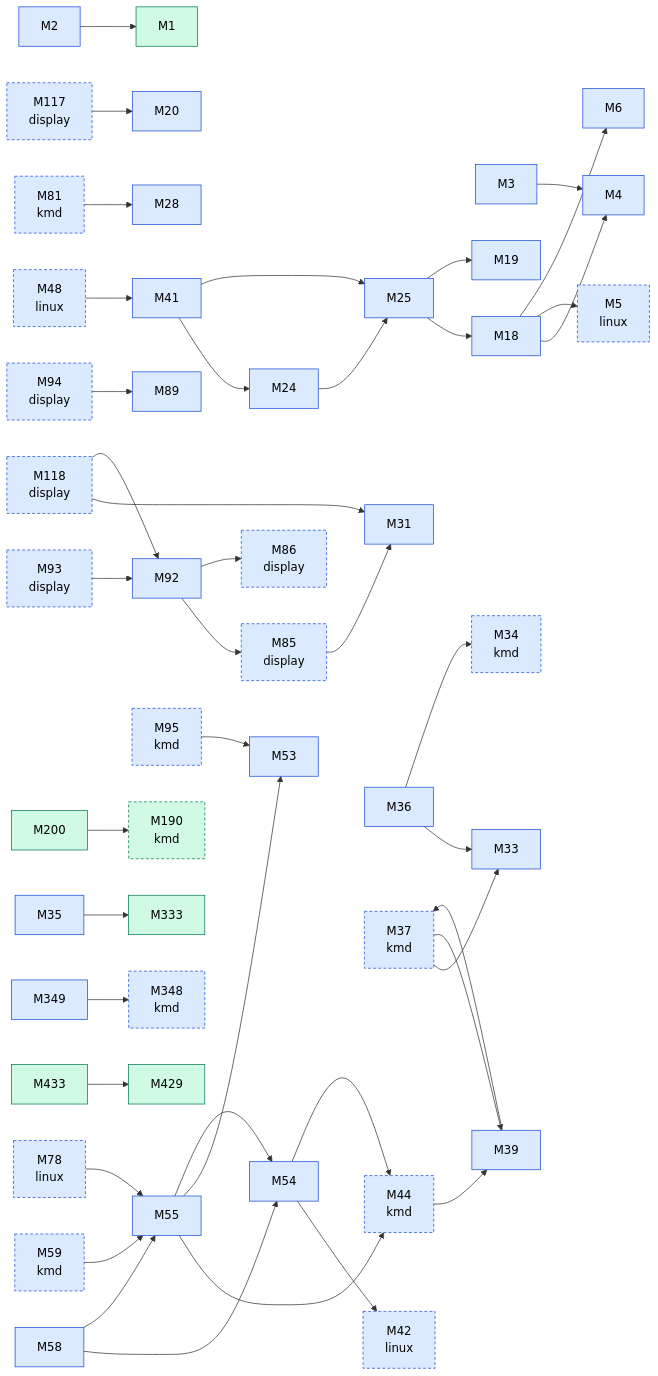
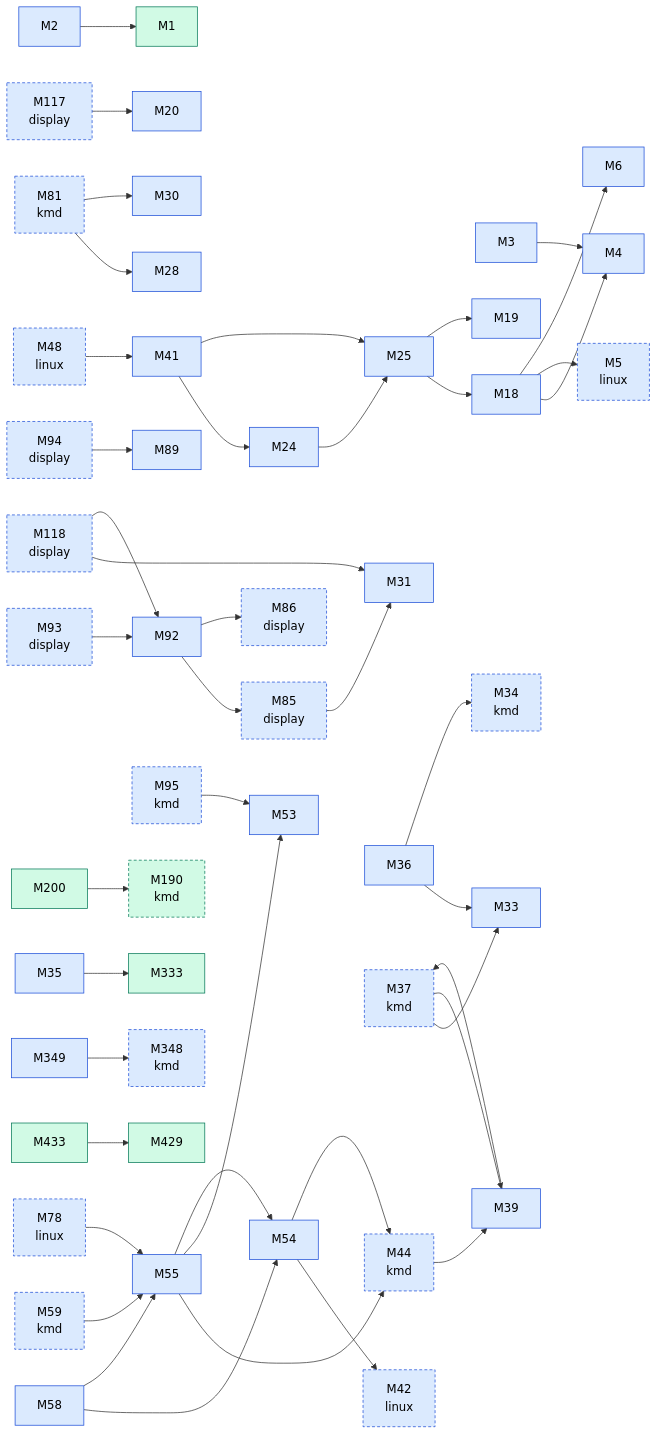
One commit to D-Ogi/amdgpu-wddm changed the second of 2 diagrams in docs/facts/graphs/hardware.md. Above: the diagram before and after it, drawn with Mermaid. The commit also changed other lines of this file and 25 other files, not shown here.

```diff
--- a/docs/facts/graphs/hardware.md
+++ b/docs/facts/graphs/hardware.md
@@ -70,6 +70,7 @@
   M24["M24"]:::MEASURED
   M25["M25"]:::MEASURED
   M28["M28"]:::MEASURED
+  M30["M30"]:::MEASURED
   M31["M31"]:::MEASURED
   M33["M33"]:::MEASURED
   M34["M34<br/>kmd"]:::MEASURED
@@ -135,6 +136,7 @@
   M44 --> M39
   M59 --> M55
   M81 --> M28
+  M81 --> M30
   M95 --> M53
   M85 --> M31
   M93 --> M92
```
